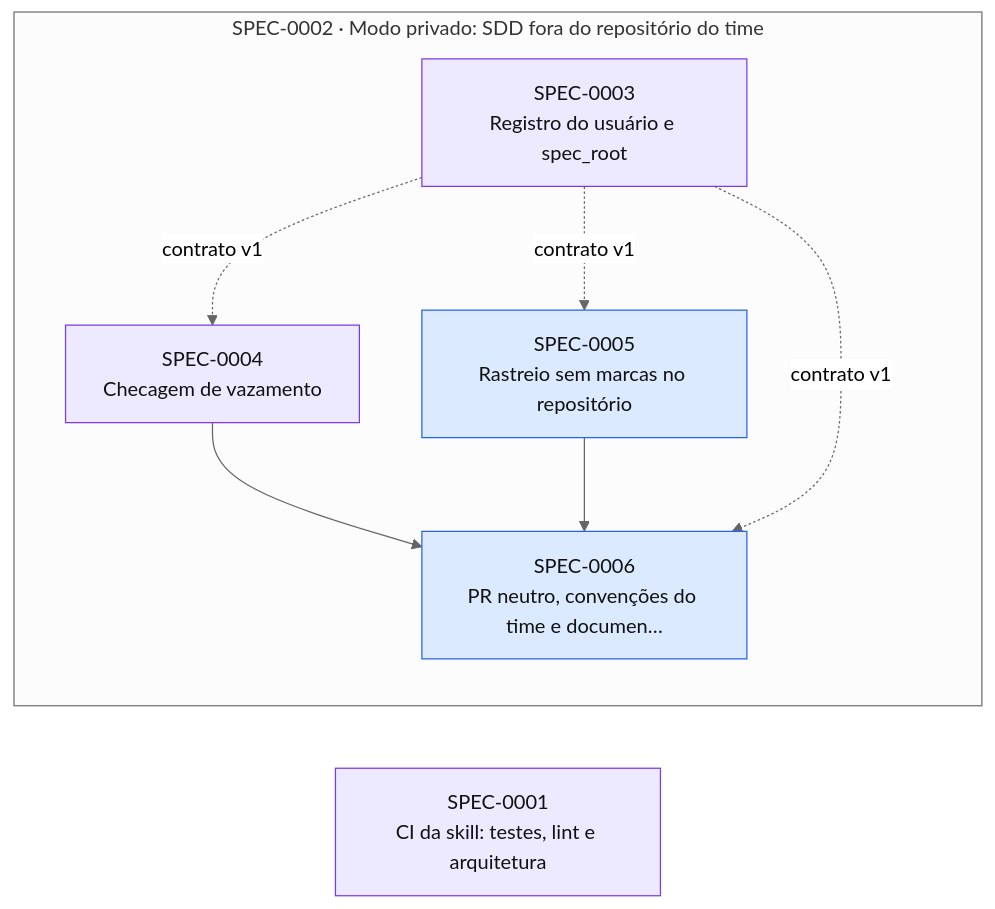
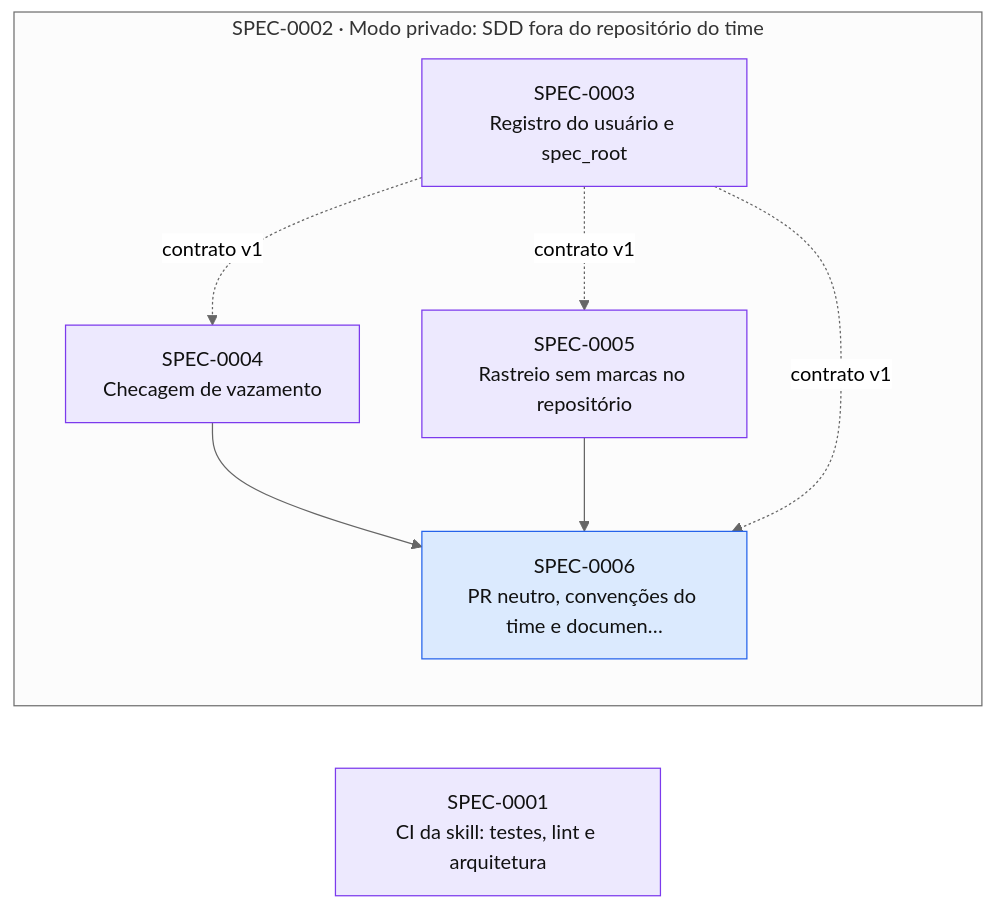
The diagram in docs/specs/INDEX.md (thomasravache/ai-dev-brain), drawn with Mermaid (neutral theme) before and after one commit. The commit also changed other lines of this file and 1 other file, not shown here.

First line of the commit message:
docs(specs): inicia a SPEC-0005

````diff
--- a/docs/specs/INDEX.md
+++ b/docs/specs/INDEX.md
@@ -55,20 +55,20 @@
 ```mermaid
 flowchart LR
   S0001["SPEC-0001<br/>CI da skill: testes, lint e arquitetura"]:::inprogress
   subgraph E0002["SPEC-0002 · Modo privado: SDD fora do repositório do time"]
     S0003["SPEC-0003<br/>Registro do usuário e spec_root"]:::inprogress
     S0004["SPEC-0004<br/>Checagem de vazamento"]:::inprogress
-    S0005["SPEC-0005<br/>Rastreio sem marcas no repositório"]:::approved
+    S0005["SPEC-0005<br/>Rastreio sem marcas no repositório"]:::inprogress
     S0006["SPEC-0006<br/>PR neutro, convenções do time e documen…"]:::approved
   end
   S0003 -. contrato v1 .-> S0004
   S0003 -. contrato v1 .-> S0005
   S0004 --> S0006
   S0005 --> S0006
   S0003 -. contrato v1 .-> S0006
   classDef proposed fill:#fef3c7,stroke:#d97706,color:#111
   classDef approved fill:#dbeafe,stroke:#2563eb,color:#111
   classDef inprogress fill:#ede9fe,stroke:#7c3aed,color:#111
   classDef implemented fill:#dcfce7,stroke:#16a34a,color:#111
   classDef deprecated fill:#f3f4f6,stroke:#9ca3af,color:#6b7280
 ```
````
